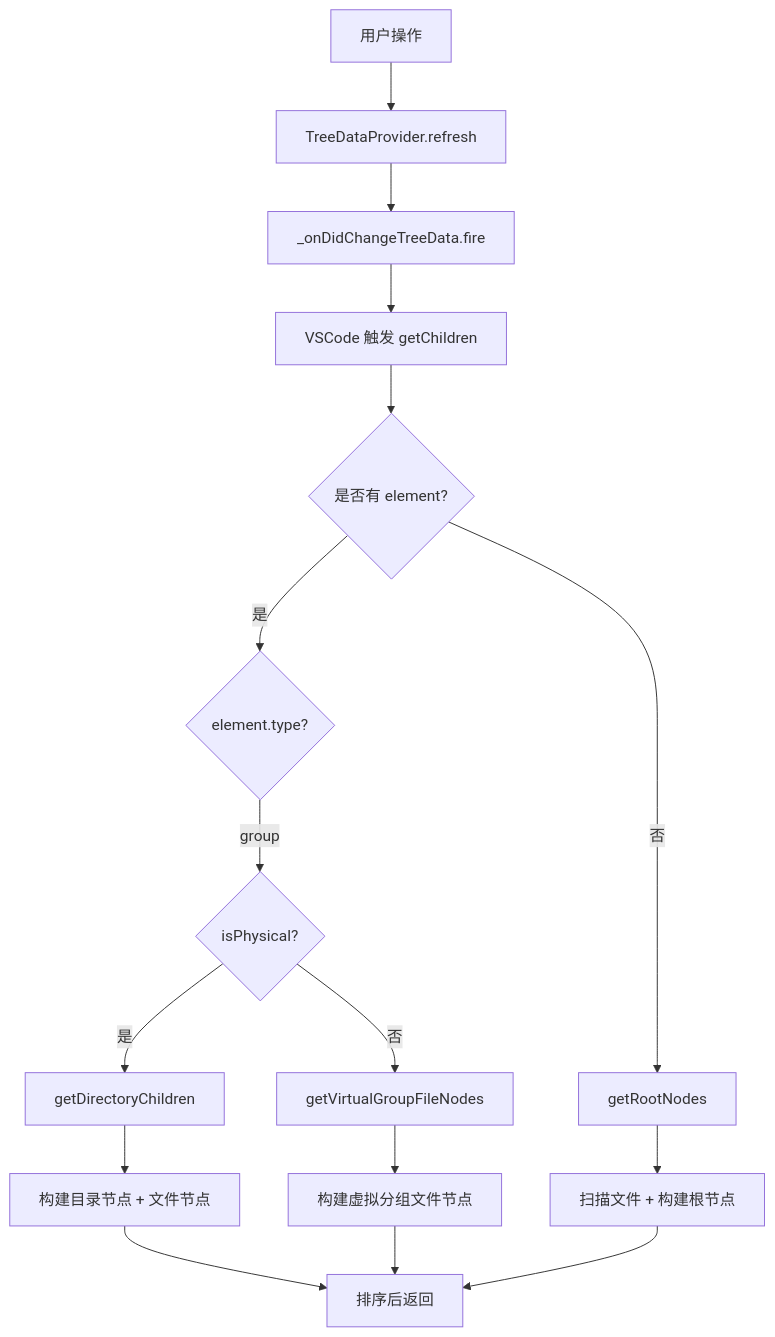
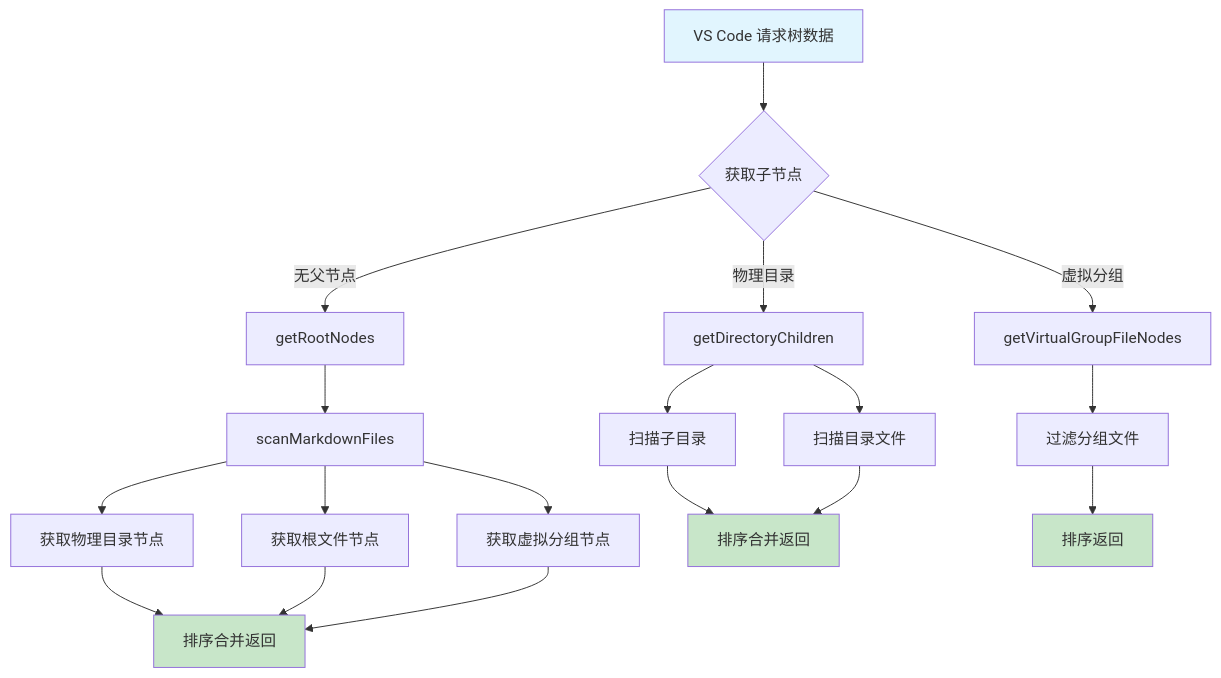
The first of 2 diagrams in repowiki/zh/content/核心功能模块/树视图与分组.md (7788ken/vscode-repowiki), drawn with Mermaid before and after one commit. The commit also changed other lines of this file and 15 other files, not shown here.

````diff
--- a/repowiki/zh/content/核心功能模块/树视图与分组.md
+++ b/repowiki/zh/content/核心功能模块/树视图与分组.md
@@ -61,18 +71,29 @@
 ```mermaid
 flowchart TD
-    A[用户操作] --> B[TreeDataProvider.refresh]
-    B --> C[_onDidChangeTreeData.fire]
-    C --> D[VSCode 触发 getChildren]
-    D --> E{是否有 element?}
-    E -->|否| F[getRootNodes]
-    E -->|是| G{element.type?}
-    G -->|group| H{isPhysical?}
-    H -->|是| I[getDirectoryChildren]
-    H -->|否| J[getVirtualGroupFileNodes]
-    I --> K[构建目录节点 + 文件节点]
-    J --> L[构建虚拟分组文件节点]
-    F --> M[扫描文件 + 构建根节点]
-    K --> N[排序后返回]
-    L --> N
-    M --> N
+    A[VS Code 请求树数据] --> B{获取子节点}
+    B -->|无父节点| C[getRootNodes]
+    B -->|物理目录| D[getDirectoryChildren]
+    B -->|虚拟分组| E[getVirtualGroupFileNodes]
+    
+    C --> F[scanMarkdownFiles]
+    F --> G[获取物理目录节点]
+    F --> H[获取根文件节点]
+    F --> I[获取虚拟分组节点]
+    
+    G --> J[排序合并返回]
+    H --> J
+    I --> J
+    
+    D --> K[扫描子目录]
+    D --> L[扫描目录文件]
+    K --> M[排序合并返回]
+    L --> M
+    
+    E --> N[过滤分组文件]
+    N --> O[排序返回]
+    
+    style A fill:#e1f5fe
+    style J fill:#c8e6c9
+    style M fill:#c8e6c9
+    style O fill:#c8e6c9
 ```
````
